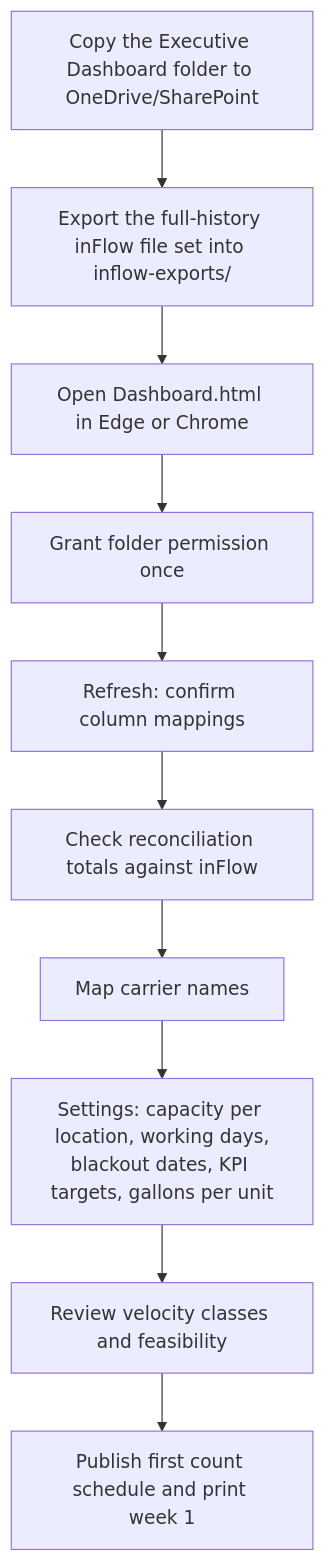
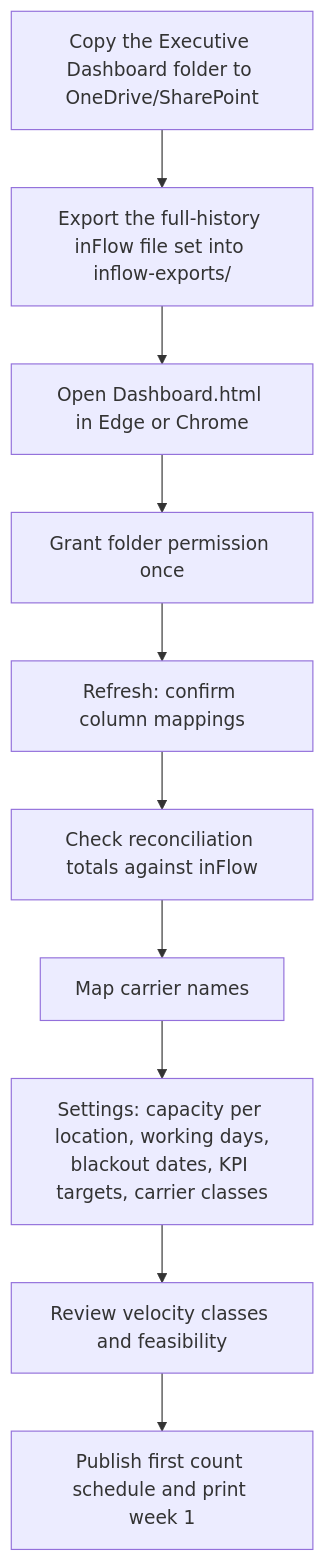
Before and after one commit to mdonaldson-prog/Dashboard: the fifth of 8 diagrams in docs/SYSTEM_DESIGN.md, drawn with Mermaid. The commit also changed other lines of this file, not shown here.

First line of the commit message:
Finalize KPI definitions, units-based metrics and weekly upload list (v2.2)

````diff
--- a/docs/SYSTEM_DESIGN.md
+++ b/docs/SYSTEM_DESIGN.md
@@ -580,12 +648,12 @@
 ```mermaid
 flowchart TD
     A[Copy the Executive Dashboard folder to OneDrive/SharePoint] --> B[Export the full-history inFlow file set into inflow-exports/]
     B --> C[Open Dashboard.html in Edge or Chrome]
     C --> D[Grant folder permission once]
     D --> E[Refresh: confirm column mappings]
     E --> F[Check reconciliation totals against inFlow]
     F --> G[Map carrier names]
-    G --> H[Settings: capacity per location, working days,<br/>blackout dates, KPI targets, gallons per unit]
+    G --> H[Settings: capacity per location, working days,<br/>blackout dates, KPI targets, carrier classes]
     H --> I[Review velocity classes and feasibility]
     I --> J[Publish first count schedule and print week 1]
 ```
````
